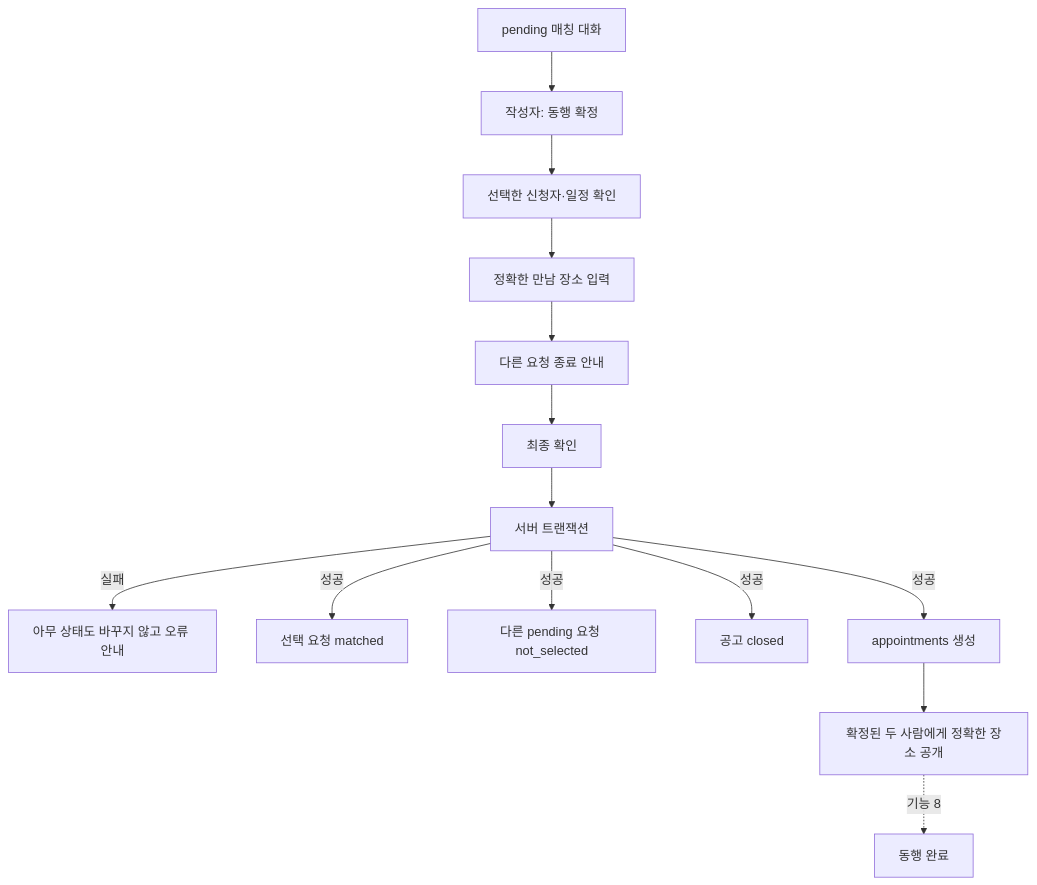
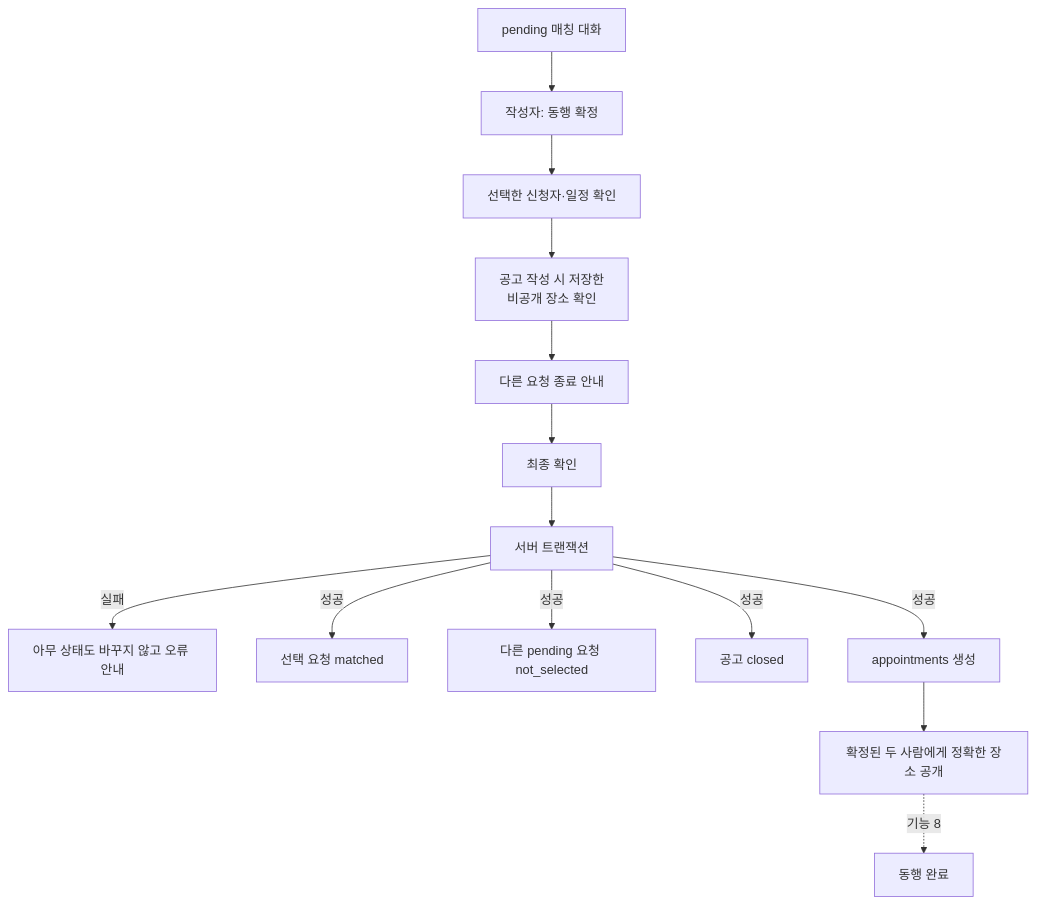
Before and after one commit to jjackbb/yumidang: the first of 5 diagrams in docs/backend-plans/07-final-match.md, drawn with Mermaid. The commit also changed other lines of this file and 138 other files, not shown here.

````diff
--- a/docs/backend-plans/07-final-match.md
+++ b/docs/backend-plans/07-final-match.md
@@ -18,16 +18,16 @@
 ```mermaid
 flowchart TD
     A[pending 매칭 대화] --> B[작성자: 동행 확정]
     B --> C[선택한 신청자·일정 확인]
-    C --> D[정확한 만남 장소 입력]
+    C --> D[공고 작성 시 저장한<br/>비공개 장소 확인]
     D --> E[다른 요청 종료 안내]
     E --> F[최종 확인]
     F --> G[서버 트랜잭션]
     G -->|실패| H[아무 상태도 바꾸지 않고 오류 안내]
     G -->|성공| I[선택 요청 matched]
     G -->|성공| J[다른 pending 요청 not_selected]
     G -->|성공| K[공고 closed]
     G -->|성공| L[appointments 생성]
     L --> M[확정된 두 사람에게 정확한 장소 공개]
     M -. 기능 8 .-> N[동행 완료]
 ```
````
